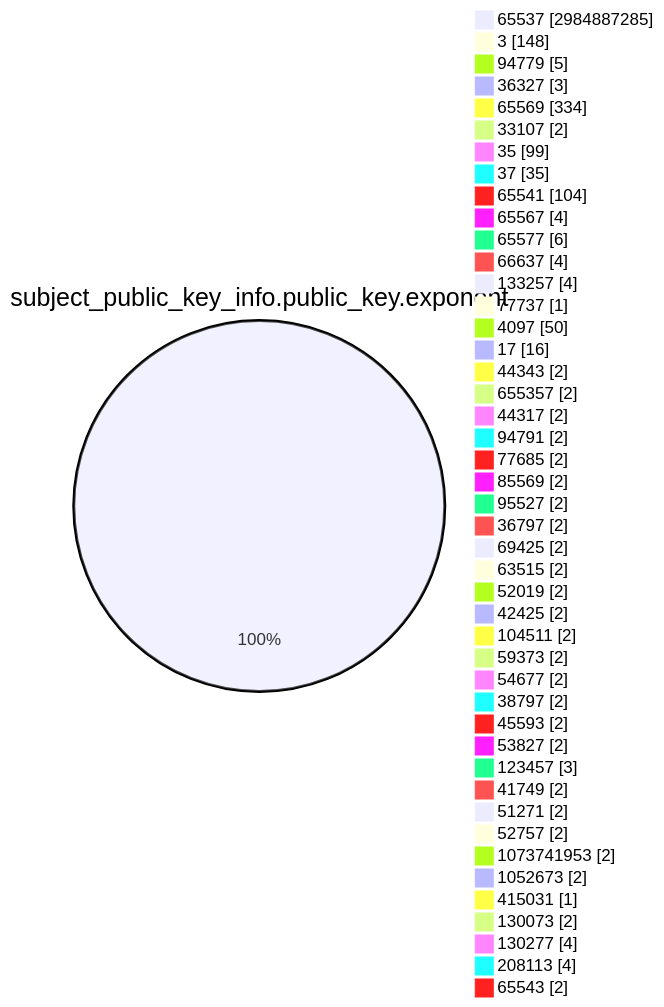
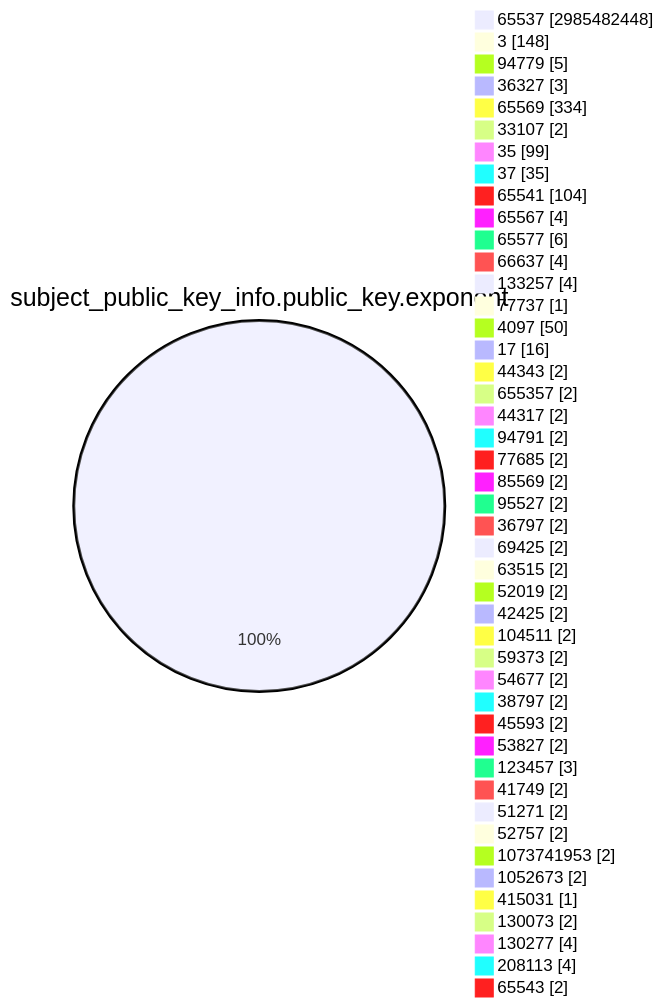
The fourth of 15 diagrams in TOTAL/README.md (christiankrug/ctmonitor_visualization), drawn with Mermaid before and after one commit. The commit also changed other lines of this file, not shown here.

````diff
--- a/TOTAL/README.md
+++ b/TOTAL/README.md
@@ -1472,49 +1472,49 @@
 ```mermaid
 pie showData
 title subject_public_key_info.public_key.exponent
-"65537" :2984887285
+"65537" :2985482448
 "3" :148
 "94779" :5
 "36327" :3
 "65569" :334
 "33107" :2
 "35" :99
 "37" :35
 "65541" :104
 "65567" :4
 "65577" :6
 "66637" :4
 "133257" :4
 "77737" :1
 "4097" :50
 "17" :16
 "44343" :2
 "655357" :2
 "44317" :2
 "94791" :2
 "77685" :2
 "85569" :2
 "95527" :2
 "36797" :2
 "69425" :2
 "63515" :2
 "52019" :2
 "42425" :2
 "104511" :2
 "59373" :2
 "54677" :2
 "38797" :2
 "45593" :2
 "53827" :2
 "123457" :3
 "41749" :2
 "51271" :2
 "52757" :2
 "1073741953" :2
 "1052673" :2
 "415031" :1
 "130073" :2
 "130277" :4
 "208113" :4
 "65543" :2
 ```
````
